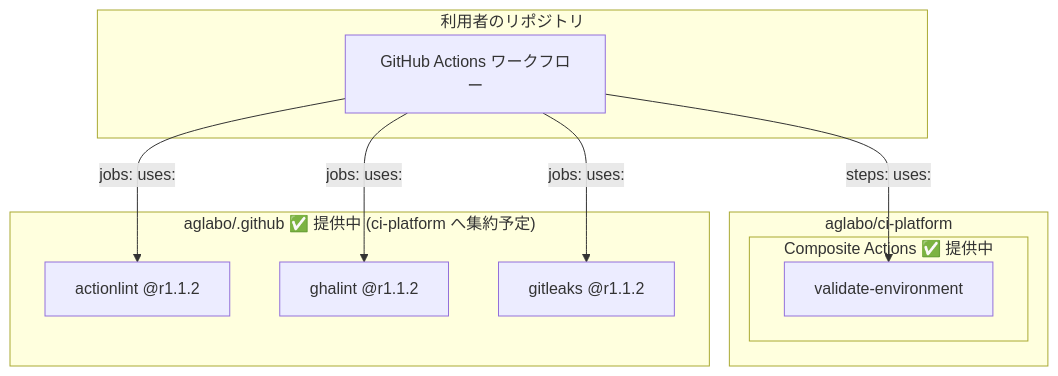
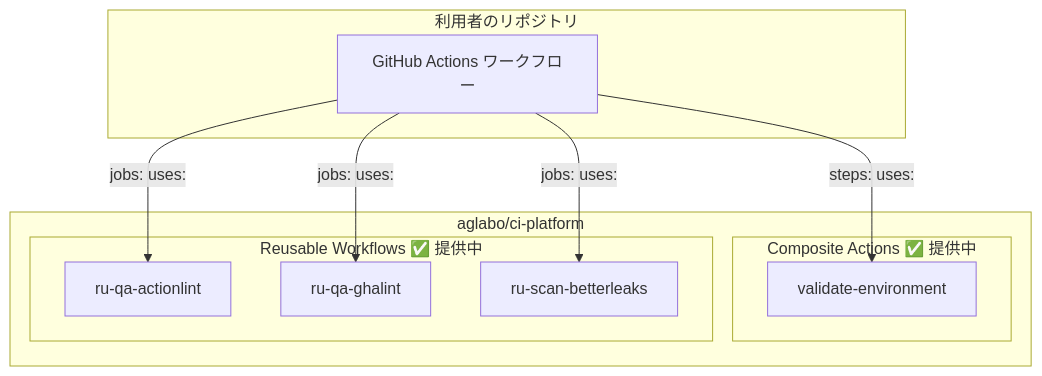
The diagram in docs/user-guide/00-platform-overview.ja.mdx (aglabo/ci-platform), drawn with Mermaid before and after one commit. The commit also changed other lines of this file and 22 other files, not shown here.

````diff
--- a/docs/user-guide/00-platform-overview.ja.mdx
+++ b/docs/user-guide/00-platform-overview.ja.mdx
@@ -116,23 +120,22 @@
 ```mermaid
 graph TB
     subgraph repo["利用者のリポジトリ"]
         wf["GitHub Actions ワークフロー"]
     end
 
     subgraph platform["aglabo/ci-platform"]
         subgraph ca["Composite Actions  ✅ 提供中"]
             ve["validate-environment"]
         end
-    end
-
-    subgraph aglabo_github["aglabo/.github  ✅ 提供中 (ci-platform へ集約予定)"]
-        al["actionlint  @r1.1.2"]
-        gh["ghalint  @r1.1.2"]
-        gl["gitleaks  @r1.1.2"]
+        subgraph ru["Reusable Workflows  ✅ 提供中"]
+            al["ru-qa-actionlint"]
+            gh["ru-qa-ghalint"]
+            bl["ru-scan-betterleaks"]
+        end
     end
 
     wf -->|"steps: uses:"| ve
     wf -->|"jobs: uses:"| al
     wf -->|"jobs: uses:"| gh
-    wf -->|"jobs: uses:"| gl
+    wf -->|"jobs: uses:"| bl
 ```
````
